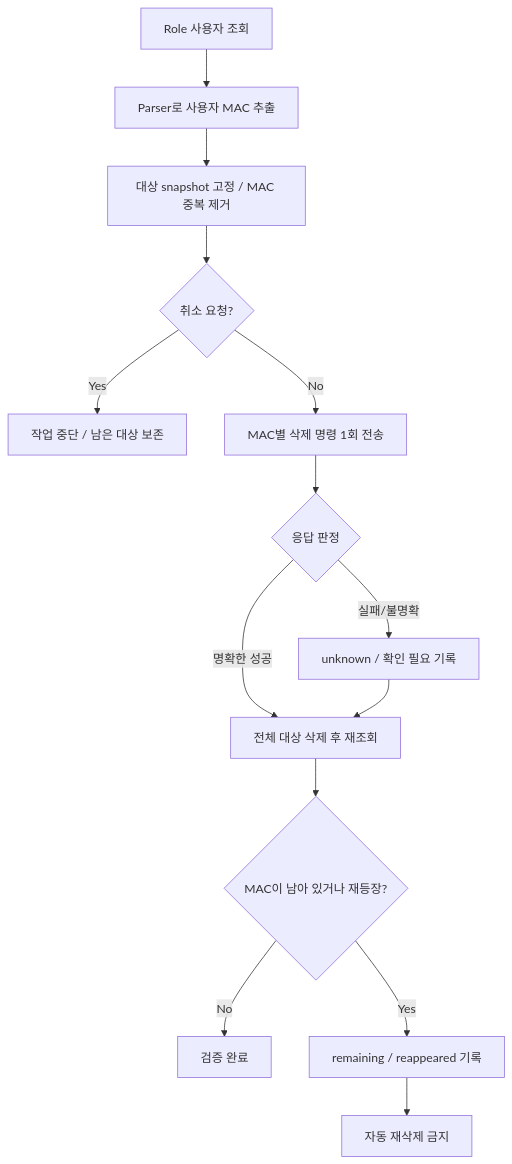
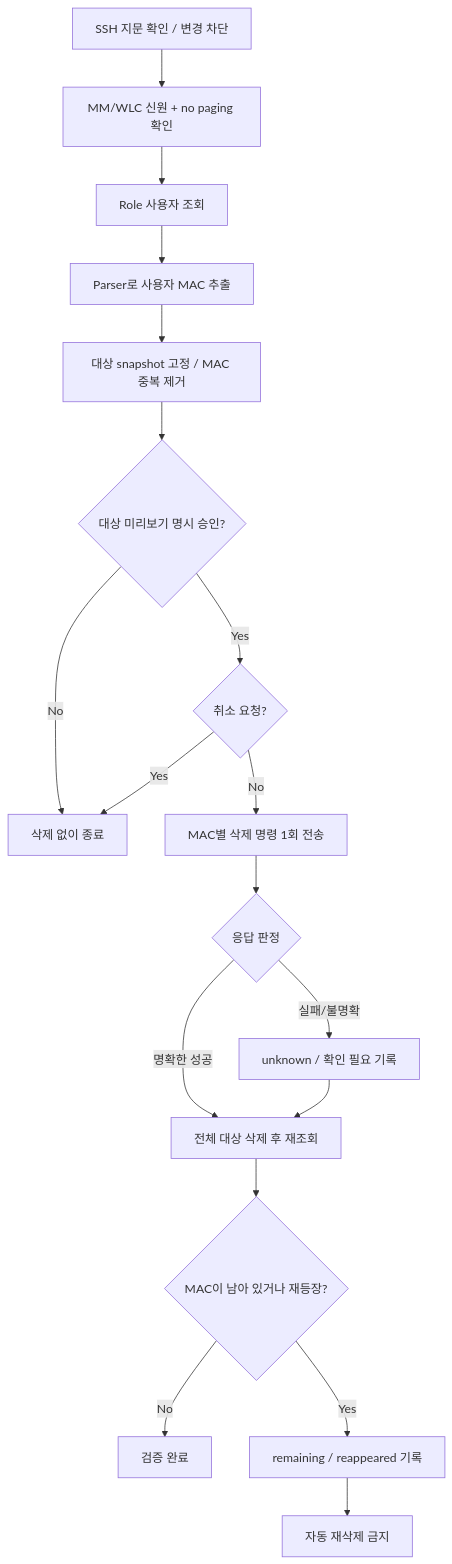
Before and after one commit to sebia1993/aruba-mm-session-cleanup: the first of 2 diagrams in README.md, drawn with Mermaid. The commit also changed other lines of this file and 40 other files, not shown here.

````diff
--- a/README.md
+++ b/README.md
@@ -62,16 +67,20 @@
 ```mermaid
 flowchart TD
-    Q["Role 사용자 조회"] --> P["Parser로 사용자 MAC 추출"]
+    H["SSH 지문 확인 / 변경 차단"] --> I["MM/WLC 신원 + no paging 확인"]
+    I --> Q["Role 사용자 조회"]
+    Q --> P["Parser로 사용자 MAC 추출"]
     P --> S["대상 snapshot 고정 / MAC 중복 제거"]
-    S --> C{"취소 요청?"}
-    C -- Yes --> X["작업 중단 / 남은 대상 보존"]
+    S --> A{"대상 미리보기 명시 승인?"}
+    A -- No --> X["삭제 없이 종료"]
+    A -- Yes --> C{"취소 요청?"}
+    C -- Yes --> X
     C -- No --> D["MAC별 삭제 명령 1회 전송"]
     D --> R{"응답 판정"}
     R -- 명확한 성공 --> V["전체 대상 삭제 후 재조회"]
     R -- 실패/불명확 --> U["unknown / 확인 필요 기록"]
     U --> V
-    V --> A{"MAC이 남아 있거나 재등장?"}
-    A -- No --> OK["검증 완료"]
-    A -- Yes --> E["remaining / reappeared 기록"]
+    V --> M{"MAC이 남아 있거나 재등장?"}
+    M -- No --> OK["검증 완료"]
+    M -- Yes --> E["remaining / reappeared 기록"]
     E --> N["자동 재삭제 금지"]
 ```
````
